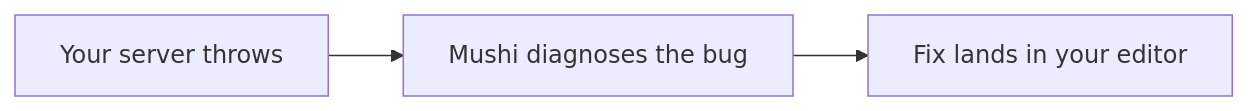
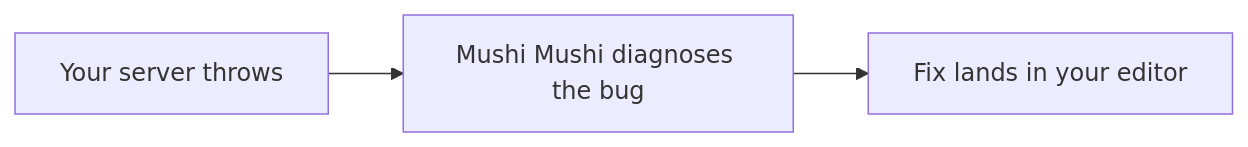
The diagram in packages/node/README.md (kensaurus/mushi-mushi), drawn with Mermaid before and after one commit. The commit also changed other lines of this file and 425 other files, not shown here.

````diff
--- a/packages/node/README.md
+++ b/packages/node/README.md
@@ -7,4 +7,4 @@
 ```mermaid
 flowchart LR
-    A["Your server throws"] --> B["Mushi diagnoses the bug"] --> C["Fix lands in your editor"]
+    A["Your server throws"] --> B["Mushi Mushi diagnoses the bug"] --> C["Fix lands in your editor"]
 ```
````
